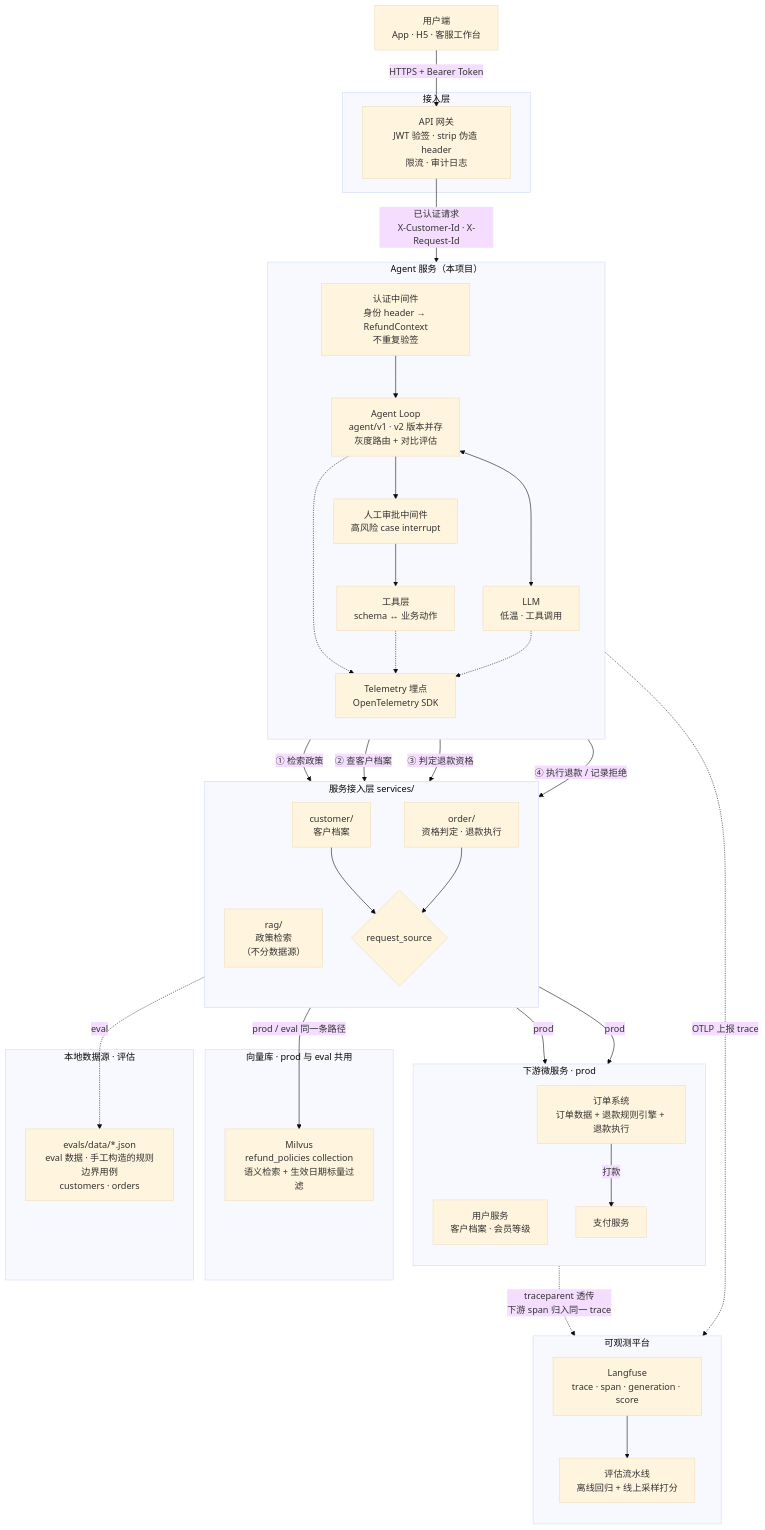
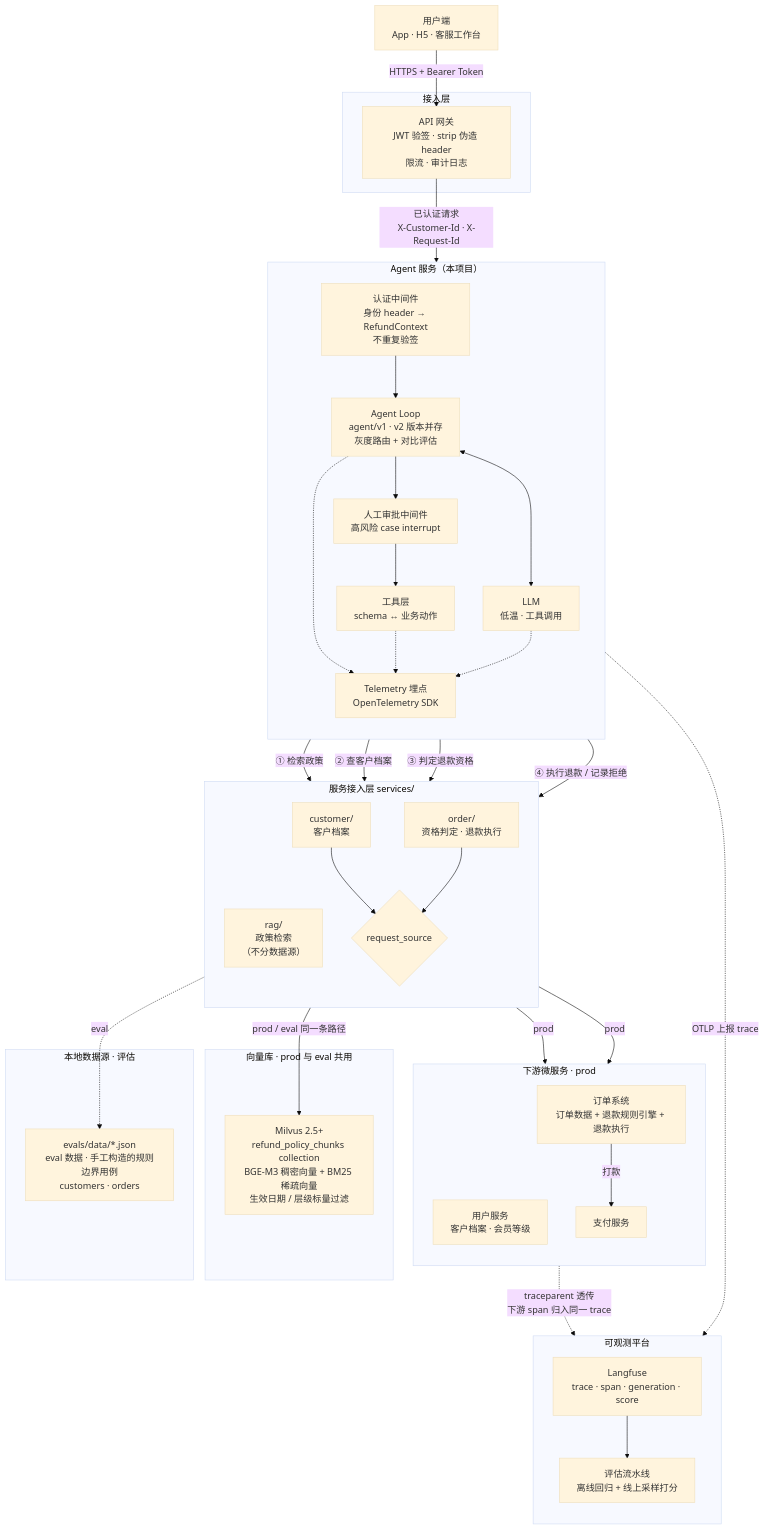
The first of 3 diagrams in README.md (tiltwind/refund-agent), drawn with Mermaid (base theme) before and after one commit. The commit also changed other lines of this file and 29 other files, not shown here.

````diff
--- a/README.md
+++ b/README.md
@@ -41,75 +41,75 @@
 ```mermaid
 flowchart TD
     Client["用户端<br/>App · H5 · 客服工作台"]
 
     subgraph Edge["接入层"]
         GW["API 网关<br/>JWT 验签 · strip 伪造 header<br/>限流 · 审计日志"]
     end
 
     subgraph AgentSvc["Agent 服务（本项目）"]
         direction TB
         Ctx["认证中间件<br/>身份 header → RefundContext<br/>不重复验签"]
         Loop["Agent Loop<br/>agent/v1 · v2 版本并存<br/>灰度路由 + 对比评估"]
         LLM["LLM<br/>低温 · 工具调用"]
         Tools["工具层<br/>schema ↔ 业务动作"]
         HITL["人工审批中间件<br/>高风险 case interrupt"]
         TEL["Telemetry 埋点<br/>OpenTelemetry SDK"]
 
         Ctx --> Loop
         Loop <--> LLM
         Loop --> HITL
         HITL --> Tools
         Loop -.-> TEL
         Tools -.-> TEL
         LLM -.-> TEL
     end
 
     subgraph SvcLayer["服务接入层 services/"]
         direction TB
         SR["rag/<br/>政策检索<br/>（不分数据源）"]
         SC["customer/<br/>客户档案"]
         SO["order/<br/>资格判定 · 退款执行"]
         SRC{"request_source"}
         SC --> SRC
         SO --> SRC
     end
 
     subgraph VectorDB["向量库 · prod 与 eval 共用"]
-        KB["Milvus<br/>refund_policies collection<br/>语义检索 + 生效日期标量过滤"]
+        KB["Milvus 2.5+<br/>refund_policy_chunks collection<br/>BGE-M3 稠密向量 + BM25 稀疏向量<br/>生效日期 / 层级标量过滤"]
     end
 
     subgraph Downstream["下游微服务 · prod"]
         direction TB
         USER["用户服务<br/>客户档案 · 会员等级"]
         ORDER["订单系统<br/>订单数据 + 退款规则引擎 + 退款执行"]
         PAY["支付服务"]
     end
 
     subgraph LocalData["本地数据源 · 评估"]
         FIX["evals/data/*.json<br/>eval 数据 · 手工构造的规则边界用例<br/>customers · orders"]
     end
 
     Client -->|"HTTPS + Bearer Token"| GW
     GW -->|"已认证请求<br/>X-Customer-Id · X-Request-Id"| Ctx
 
     Tools -->|"① 检索政策"| SR
     Tools -->|"② 查客户档案"| SC
     Tools -->|"③ 判定退款资格"| SO
     Tools -->|"④ 执行退款 / 记录拒绝"| SO
 
     SR -->|"prod / eval 同一条路径"| KB
     SRC -->|"prod"| USER
     SRC -->|"prod"| ORDER
     SRC -.->|"eval"| FIX
     ORDER -->|"打款"| PAY
 
     subgraph Obs["可观测平台"]
         direction TB
         LF["Langfuse<br/>trace · span · generation · score"]
         EVAL["评估流水线<br/>离线回归 + 线上采样打分"]
         LF --> EVAL
     end
 
     TEL -.->|"OTLP 上报 trace"| LF
     Downstream -.->|"traceparent 透传<br/>下游 span 归入同一 trace"| LF
 ```
````
